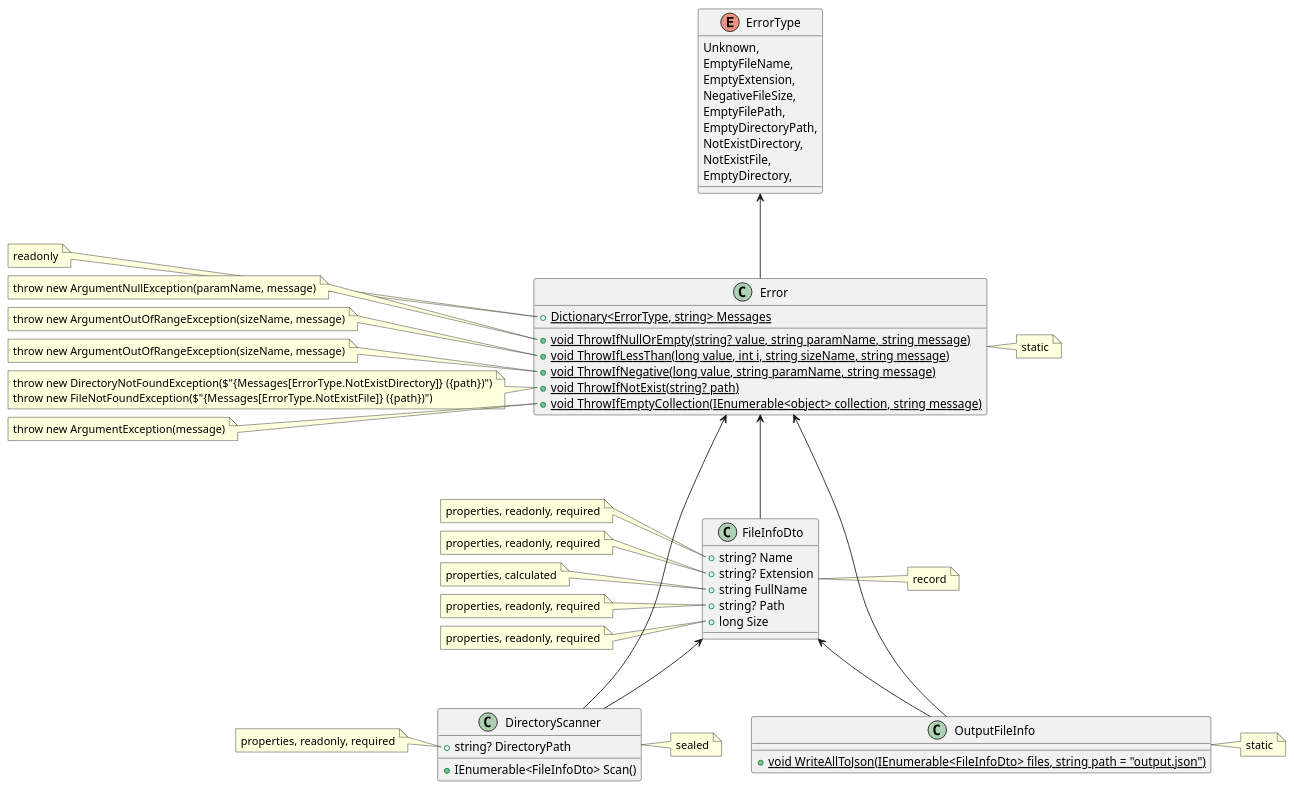
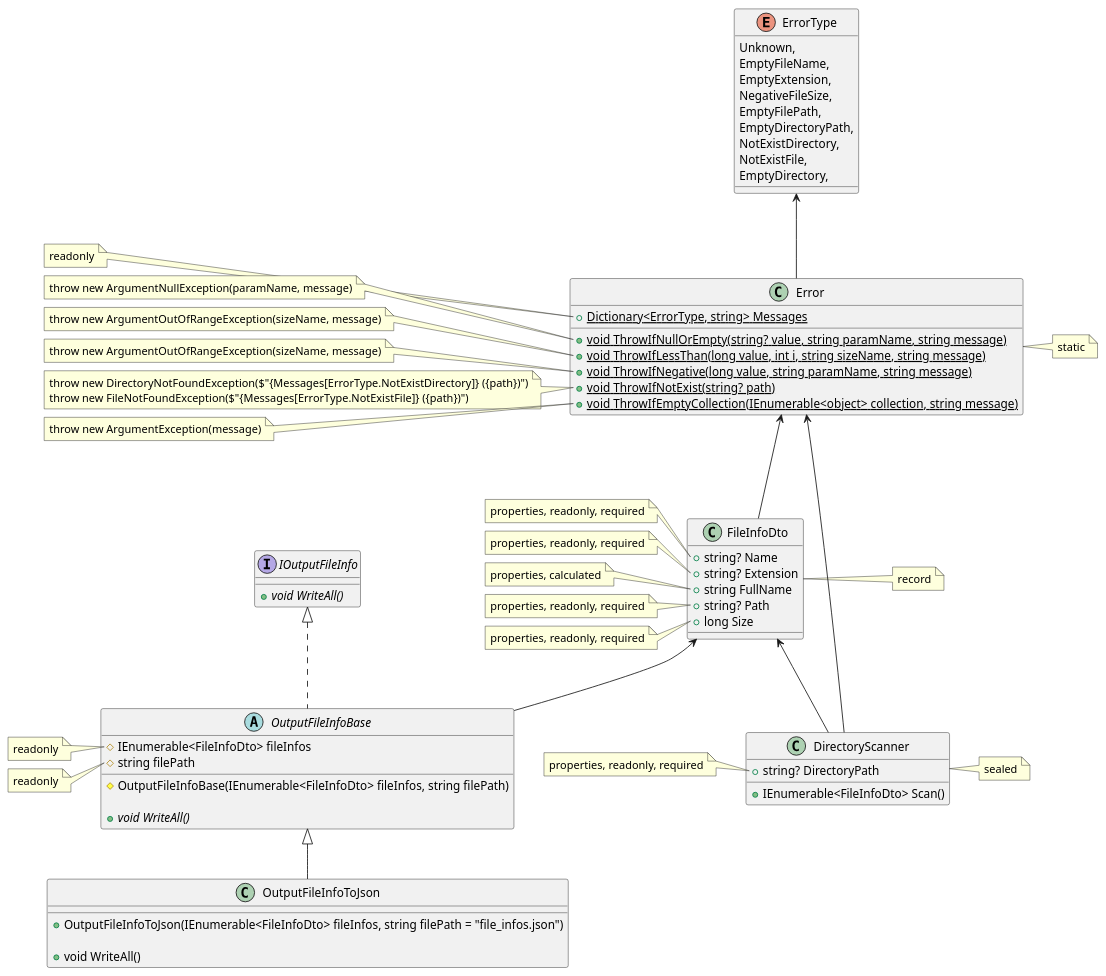
One commit to anst-foto/DirectoryScannerApp changed the diagram in DirectoryScannerApp.CoreLib/class_diagram.puml. Above: the diagram before and after it, drawn with PlantUML. The commit also changed 5 other files, not shown here.

```diff
--- a/DirectoryScannerApp.CoreLib/class_diagram.puml
+++ b/DirectoryScannerApp.CoreLib/class_diagram.puml
@@ -1,102 +1,124 @@
 @startuml
 'https://plantuml.com/class-diagram
 
 enum ErrorType 
 {
     Unknown,
     EmptyFileName,
     EmptyExtension,
     NegativeFileSize,
     EmptyFilePath,
     EmptyDirectoryPath,
     NotExistDirectory,
     NotExistFile,
     EmptyDirectory,
 }
 
 ErrorType <-- Error
 class Error 
 {
     + {static} Dictionary<ErrorType, string> Messages
     + {static} void ThrowIfNullOrEmpty(string? value, string paramName, string message)
     + {static} void ThrowIfLessThan(long value, int i, string sizeName, string message)
     + {static} void ThrowIfNegative(long value, string paramName, string message)
     + {static} void ThrowIfNotExist(string? path)
     + {static} void ThrowIfEmptyCollection(IEnumerable<object> collection, string message)
 }
 note right of Error
     static
 end note
 note left of Error::Messages
     readonly
 end note
 note left of Error::ThrowIfNullOrEmpty
     throw new ArgumentNullException(paramName, message)
 end note
 note left of Error::ThrowIfLessThan
     throw new ArgumentOutOfRangeException(sizeName, message)
 end note
 note left of Error::ThrowIfNegative
     throw new ArgumentOutOfRangeException(sizeName, message)
 end note
 note left of Error::ThrowIfNotExist
     throw new DirectoryNotFoundException($"{Messages[ErrorType.NotExistDirectory]} ({path})")
     throw new FileNotFoundException($"{Messages[ErrorType.NotExistFile]} ({path})")
 end note
 note left of Error::ThrowIfEmptyCollection
     throw new ArgumentException(message)
 end note
 
 Error <-- FileInfoDto
 class FileInfoDto 
 {
     + string? Name
     + string? Extension
     + string FullName
     + string? Path
     + long Size
 }
 note right of FileInfoDto
     record
 end note
 note left of FileInfoDto::Name
     properties, readonly, required
 end note
 note left of FileInfoDto::Extension
     properties, readonly, required
 end note
 note left of FileInfoDto::FullName
     properties, calculated
 end note
 note left of FileInfoDto::Path
     properties, readonly, required
 end note
 note left of FileInfoDto::Size
     properties, readonly, required
 end note
 
 Error <-- DirectoryScanner
 FileInfoDto <-- DirectoryScanner
 class DirectoryScanner 
 {
     + string? DirectoryPath
     + IEnumerable<FileInfoDto> Scan()
 }
 note right of DirectoryScanner
     sealed
 end note
 note left of DirectoryScanner::DirectoryPath
     properties, readonly, required
 end note
 
-Error <-- OutputFileInfo
-FileInfoDto <-- OutputFileInfo
-class OutputFileInfo 
+
+interface IOutputFileInfo 
 {
-    + {static} void WriteAllToJson(IEnumerable<FileInfoDto> files, string path = "output.json")
+    + {abstract} void WriteAll()
 }
-note right of OutputFileInfo
-    static
+
+FileInfoDto <-- OutputFileInfoBase
+IOutputFileInfo <|.. OutputFileInfoBase
+abstract class OutputFileInfoBase
+{
+    # IEnumerable<FileInfoDto> fileInfos
+    # string filePath
+    
+    # OutputFileInfoBase(IEnumerable<FileInfoDto> fileInfos, string filePath)
+    
+    + {abstract} void WriteAll()
+}
+note left of OutputFileInfoBase::fileInfos
+    readonly
+end note
+note left of OutputFileInfoBase::filePath
+    readonly
 end note
 
+OutputFileInfoBase <|-- OutputFileInfoToJson
+class OutputFileInfoToJson
+{
+    + OutputFileInfoToJson(IEnumerable<FileInfoDto> fileInfos, string filePath = "file_infos.json")
+    
+    + void WriteAll()
+}
+
 @enduml
```
